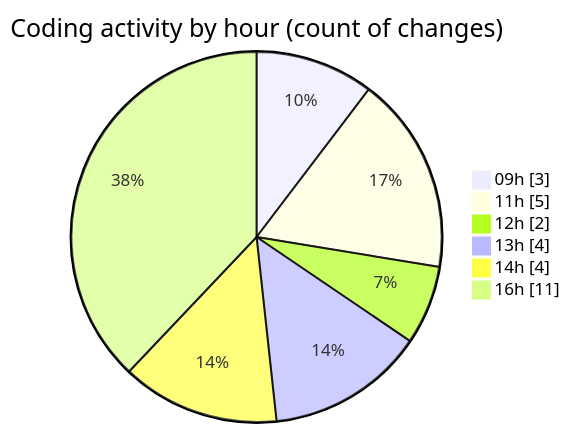
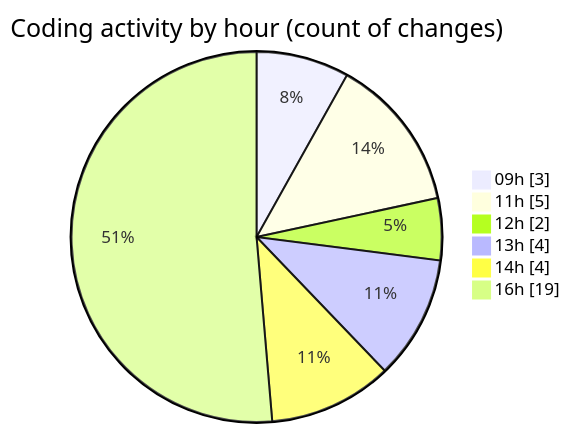
One commit to ricardozamudiocil/code-tracking changed the second of 2 diagrams in 2026-03-03/cilapp/README.md. Above: the diagram before and after it, drawn with Mermaid. The commit also changed other lines of this file and 1 other file, not shown here.

````diff
--- a/2026-03-03/cilapp/README.md
+++ b/2026-03-03/cilapp/README.md
@@ -36,10 +38,10 @@
 ```mermaid
 pie showData
 title Coding activity by hour (count of changes)
 "09h" : 3
 "11h" : 5
 "12h" : 2
 "13h" : 4
 "14h" : 4
-"16h" : 11
+"16h" : 19
 ```
````
